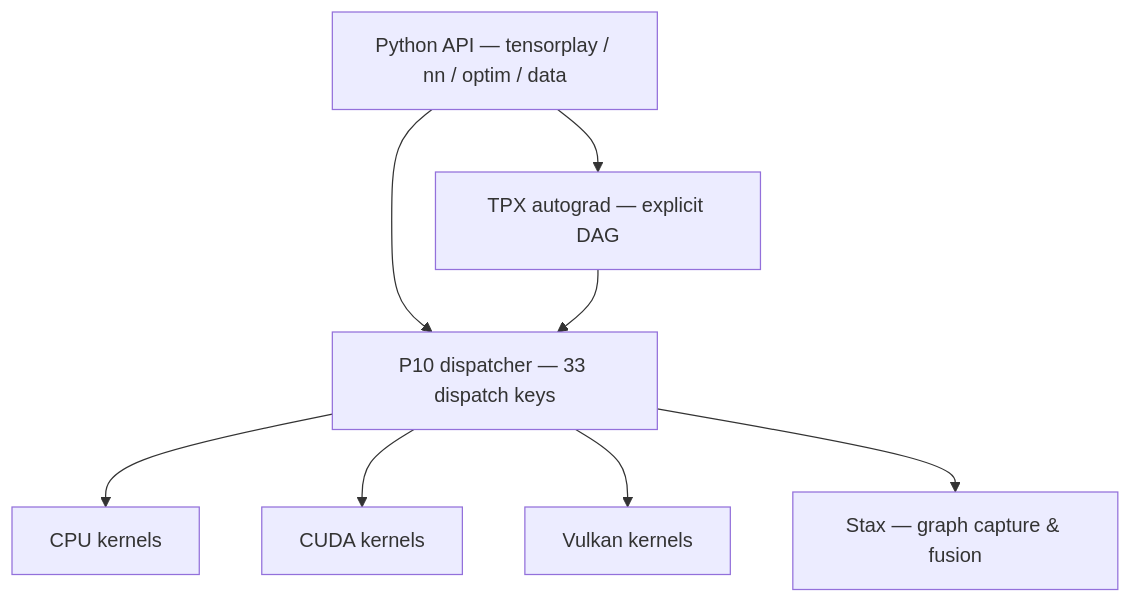
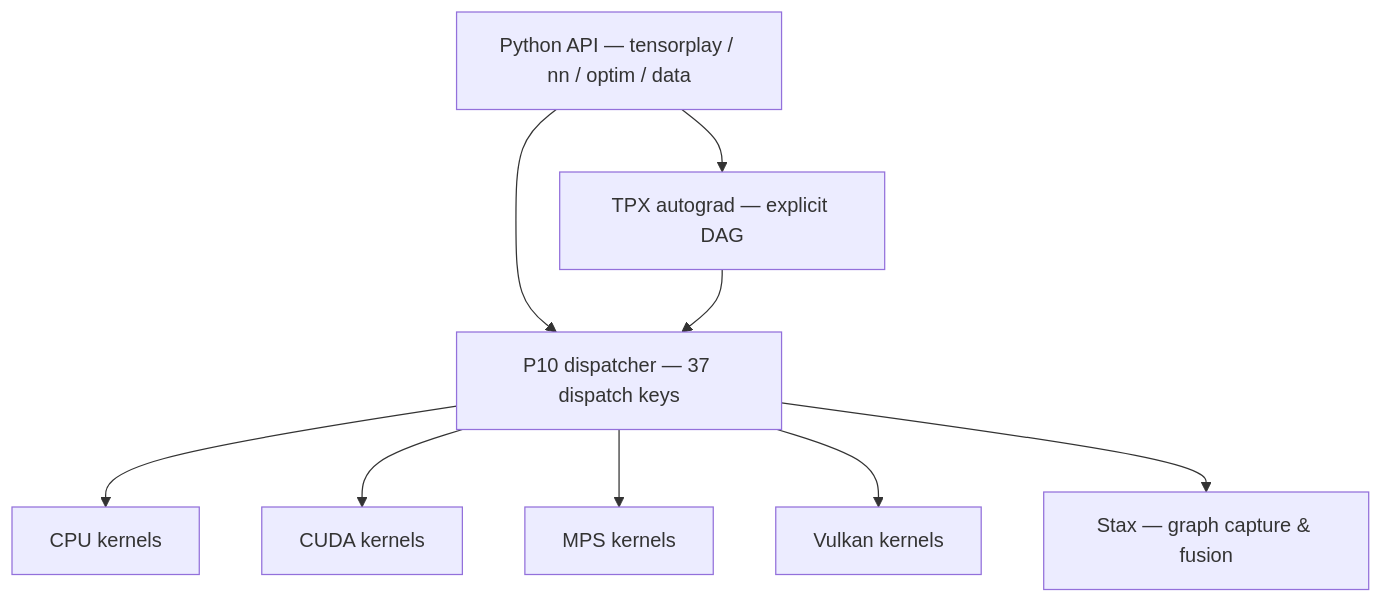
One commit to lexing-2026/TensorPlay changed the diagram in README.md. Above: the diagram before and after it, drawn with Mermaid. The commit also changed other lines of this file and 2 other files, not shown here.

Commit message:
docs: document mps and rocm backends and wheel channels

````diff
--- a/README.md
+++ b/README.md
@@ -175,10 +176,11 @@
 ```mermaid
 flowchart TB
     py["Python API — tensorplay / nn / optim / data"] --> ag["TPX autograd — explicit DAG"]
-    py --> disp["P10 dispatcher — 33 dispatch keys"]
+    py --> disp["P10 dispatcher — 37 dispatch keys"]
     ag --> disp
     disp --> cpu["CPU kernels"]
     disp --> cuda["CUDA kernels"]
+    disp --> mps["MPS kernels"]
     disp --> vulkan["Vulkan kernels"]
     disp --> stax["Stax — graph capture & fusion"]
 ```
````
